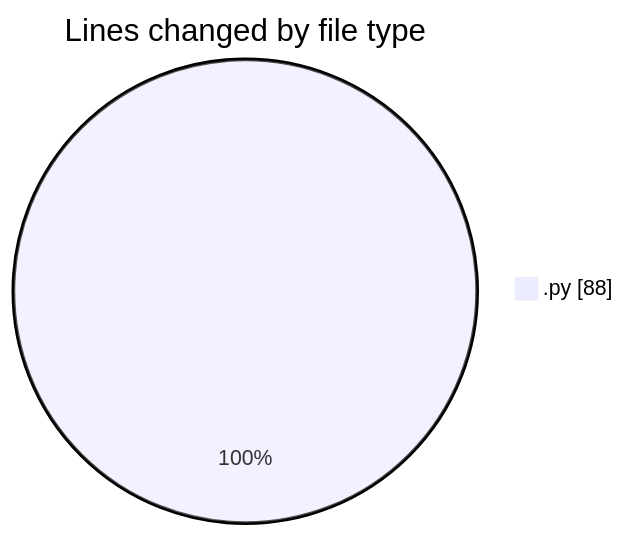
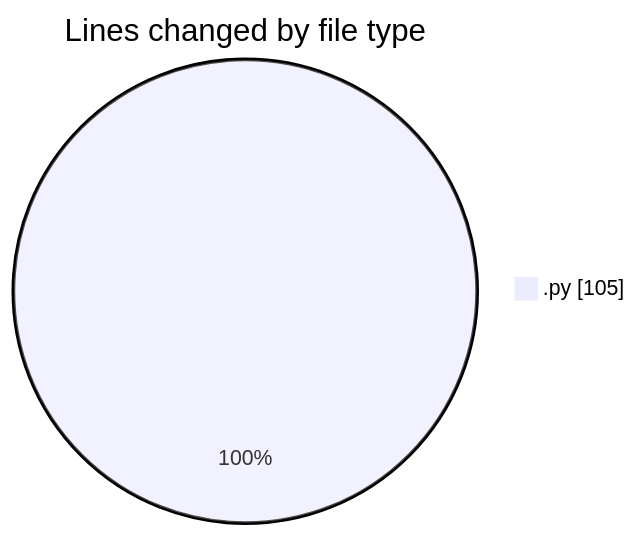
One commit to MatusMokan/code-tracking changed the first of 2 diagrams in 2025-10-07/untitled__workspace_/README.md. Above: the diagram before and after it, drawn with Mermaid. The commit also changed other lines of this file and 1 other file, not shown here.

````diff
--- a/2025-10-07/untitled__workspace_/README.md
+++ b/2025-10-07/untitled__workspace_/README.md
@@ -20,5 +20,5 @@
 ```mermaid
 pie showData
 title Lines changed by file type
-".py" : 88
+".py" : 105
 ```
````
